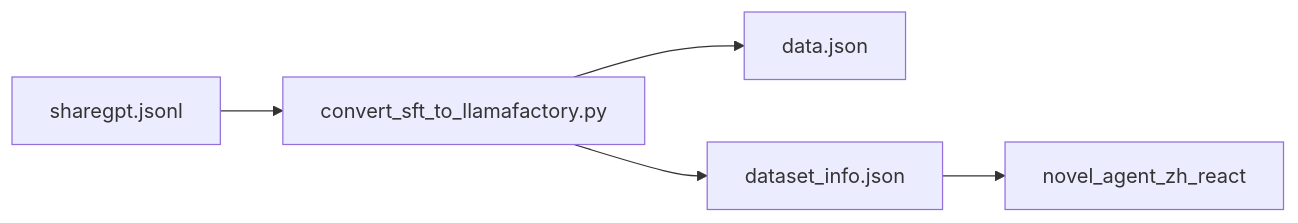
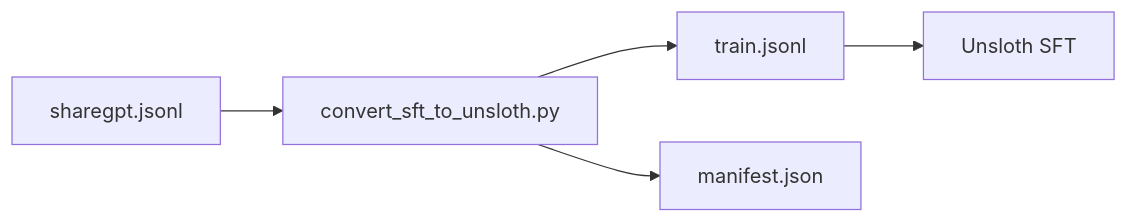
The tenth of 16 diagrams in demo/README.md (Lafinger/AgenticRAG-RL), drawn with Mermaid before and after one commit. The commit also changed other lines of this file and 34 other files, not shown here.

````diff
--- a/demo/README.md
+++ b/demo/README.md
@@ -608,7 +607,7 @@
 ```mermaid
 flowchart LR
-    A["sharegpt.jsonl"] --> B["convert_sft_to_llamafactory.py"]
-    B --> C["data.json"]
-    B --> D["dataset_info.json"]
-    D --> E["novel_agent_zh_react"]
+    A["sharegpt.jsonl"] --> B["convert_sft_to_unsloth.py"]
+    B --> C["train.jsonl"]
+    B --> D["manifest.json"]
+    C --> E["Unsloth SFT"]
 ```
````
